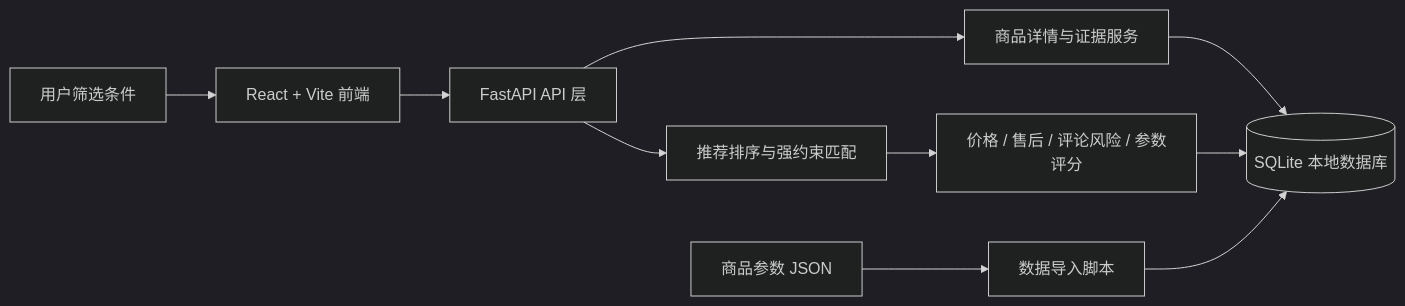
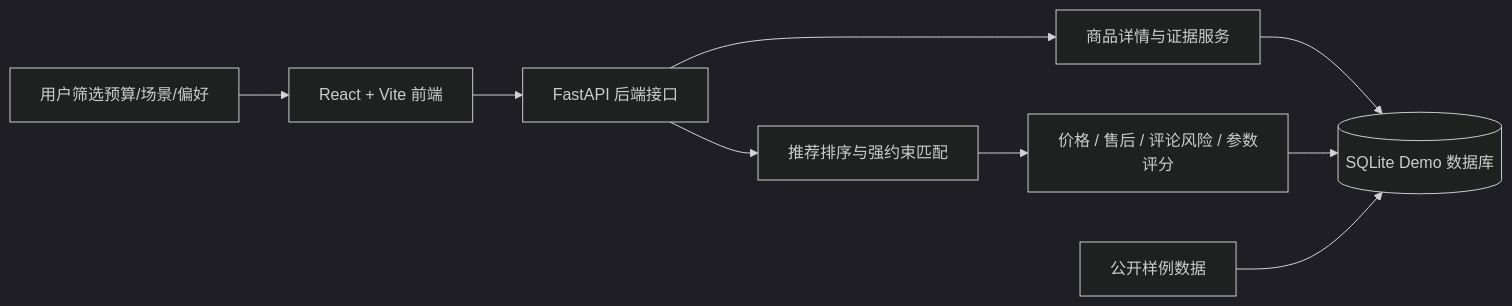
One commit to dileonardoliebel813-jpg/camp-rank changed the diagram in README.md. Above: the diagram before and after it, drawn with Mermaid (dark theme). The commit also changed other lines of this file and 4 other files, not shown here.

````diff
--- a/README.md
+++ b/README.md
@@ -9,12 +9,11 @@
 ```mermaid
 flowchart LR
-  User[用户筛选条件] --> Frontend[React + Vite 前端]
-  Frontend --> API[FastAPI API 层]
-  API --> Ranker[推荐排序与强约束匹配]
-  API --> ProductService[商品详情与证据服务]
-  Ranker --> Scoring[价格 / 售后 / 评论风险 / 参数评分]
-  ProductService --> DB[(SQLite 本地数据库)]
+  User["用户筛选预算/场景/偏好"] --> Frontend["React + Vite 前端"]
+  Frontend --> API["FastAPI 后端接口"]
+  API --> Ranker["推荐排序与强约束匹配"]
+  API --> ProductService["商品详情与证据服务"]
+  Ranker --> Scoring["价格 / 售后 / 评论风险 / 参数评分"]
+  ProductService --> DB[("SQLite Demo 数据库")]
   Scoring --> DB
-  Import[数据导入脚本] --> DB
-  Params[商品参数 JSON] --> Import
+  Seed["公开样例数据"] --> DB
 ```
````
